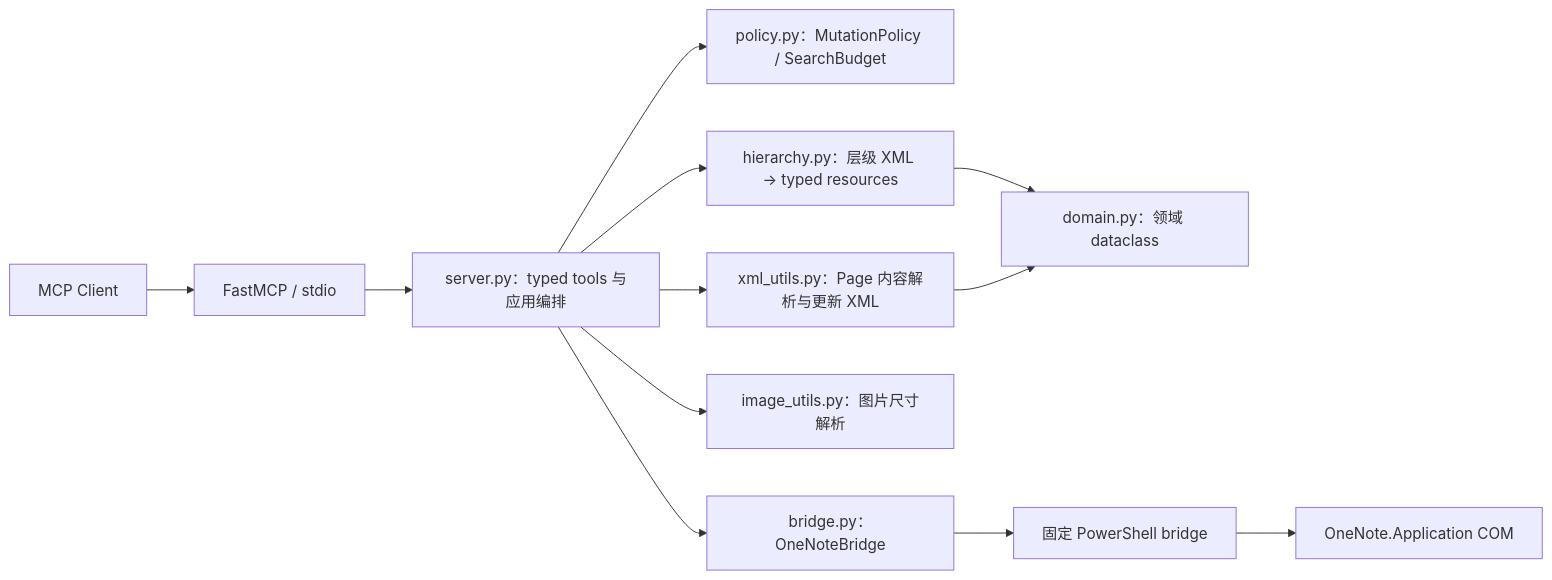
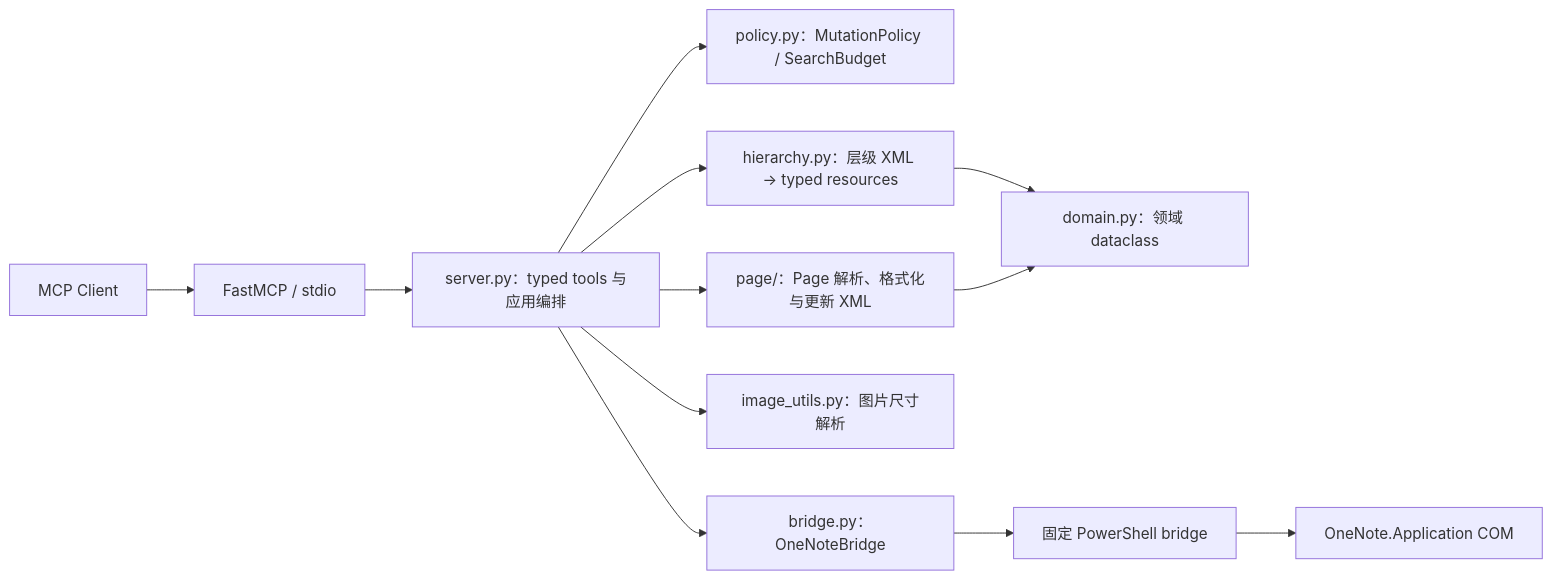
One commit to Kaomsos/onenote-com-mcp changed the first of 5 diagrams in docs/design/architecture.md. Above: the diagram before and after it, drawn with Mermaid. The commit also changed other lines of this file and 2 other files, not shown here.

Commit message:
docs: describe Page package boundaries

````diff
--- a/docs/design/architecture.md
+++ b/docs/design/architecture.md
@@ -13,16 +13,16 @@
 ```mermaid
 flowchart LR
     Client["MCP Client"] --> FastMCP["FastMCP / stdio"]
     FastMCP --> Tools["server.py：typed tools 与应用编排"]
 
     Tools --> Policy["policy.py：MutationPolicy / SearchBudget"]
     Tools --> Hierarchy["hierarchy.py：层级 XML → typed resources"]
-    Tools --> PageXML["xml_utils.py：Page 内容解析与更新 XML"]
+    Tools --> PageXML["page/：Page 解析、格式化与更新 XML"]
     Tools --> Images["image_utils.py：图片尺寸解析"]
     Tools --> Bridge["bridge.py：OneNoteBridge"]
 
     Hierarchy --> Domain["domain.py：领域 dataclass"]
     PageXML --> Domain
     Bridge --> PowerShell["固定 PowerShell bridge"]
     PowerShell --> COM["OneNote.Application COM"]
 ```
````
